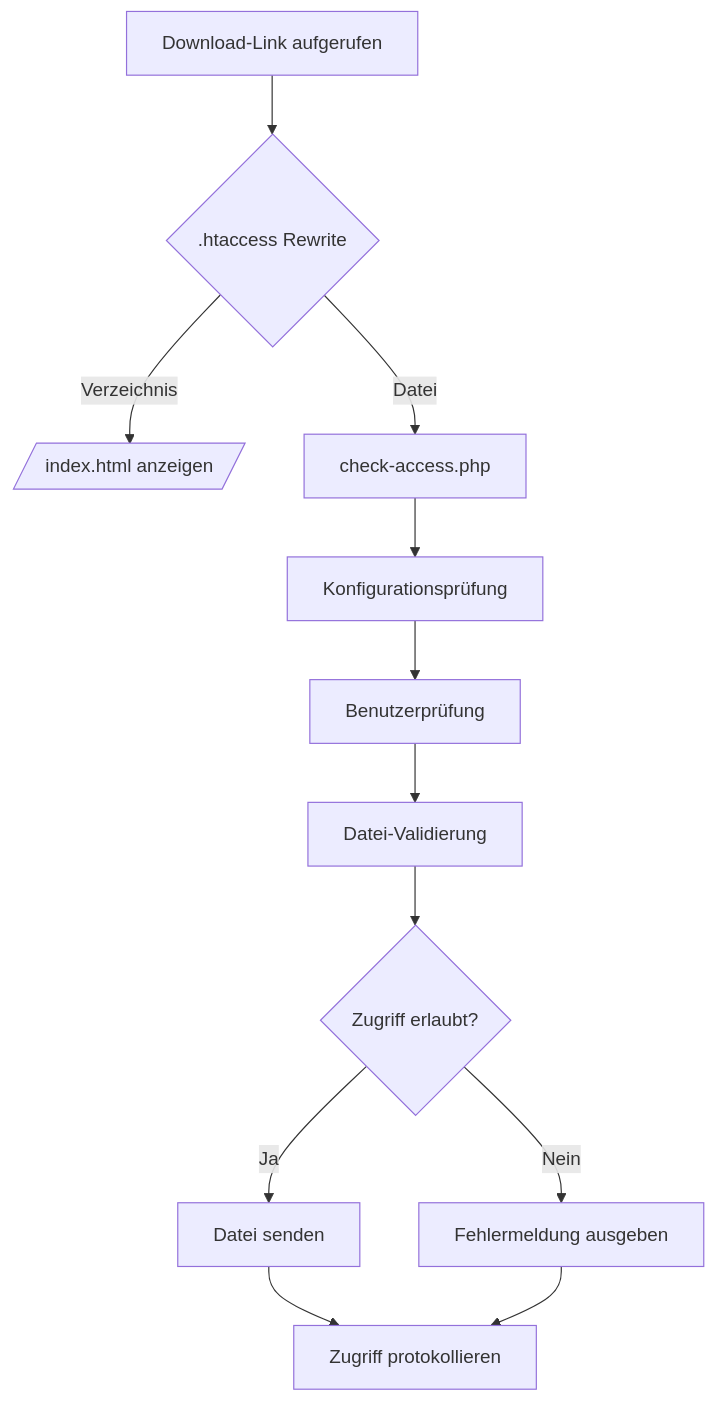
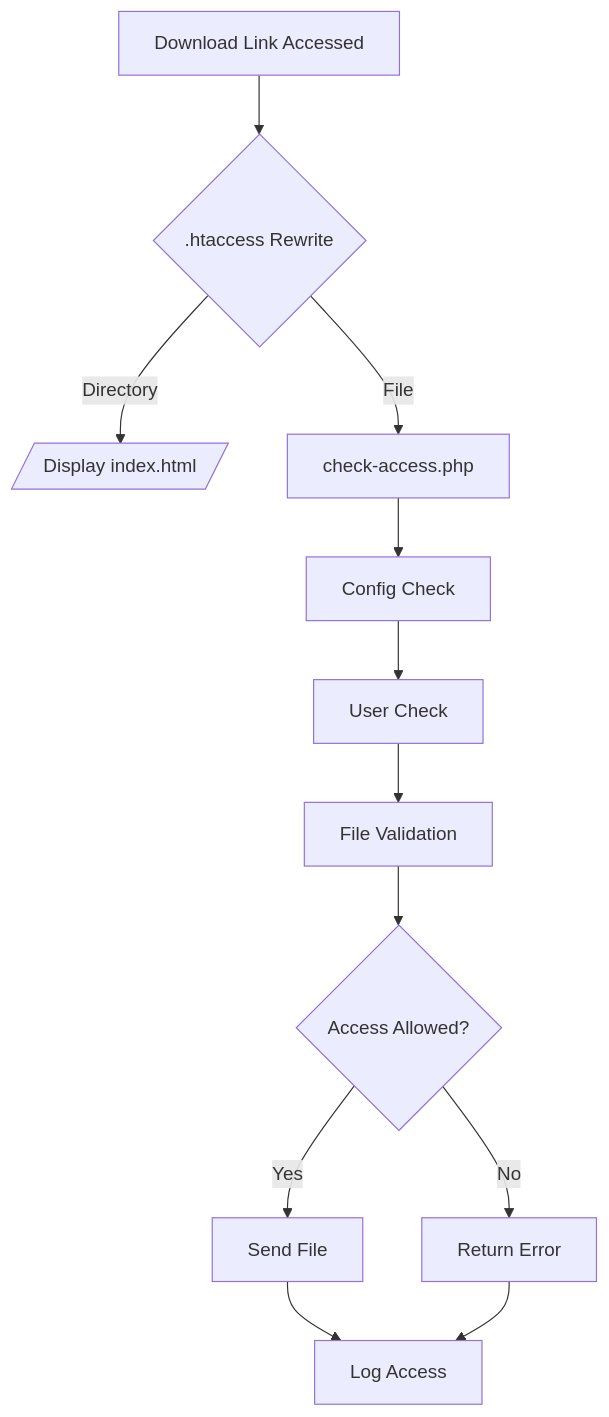
One commit to rfluethi/Easy-File-Lock changed the first of 2 diagrams in docs/technical.md. Above: the diagram before and after it, drawn with Mermaid. The commit also changed other lines of this file and 8 other files, not shown here.

````diff
--- a/docs/technical.md
+++ b/docs/technical.md
@@ -359,15 +327,15 @@
 ```mermaid
 %%{ init: { "theme": "default" } }%%
 graph TD
-    A[Download-Link aufgerufen] --> B{.htaccess Rewrite}
-    B -->|Verzeichnis| C[/index.html anzeigen/]
-    B -->|Datei| D[check-access.php]
-    D --> E[Konfigurationsprüfung]
-    E --> F[Benutzerprüfung]
-    F --> G[Datei-Validierung]
-    G --> H{Zugriff erlaubt?}
-    H -->|Ja| I[Datei senden]
-    H -->|Nein| J[Fehlermeldung ausgeben]
-    I --> K[Zugriff protokollieren]
+    A[Download Link Accessed] --> B{.htaccess Rewrite}
+    B -->|Directory| C[/Display index.html/]
+    B -->|File| D[check-access.php]
+    D --> E[Config Check]
+    E --> F[User Check]
+    F --> G[File Validation]
+    G --> H{Access Allowed?}
+    H -->|Yes| I[Send File]
+    H -->|No| J[Return Error]
+    I --> K[Log Access]
     J --> K
 ```
````
